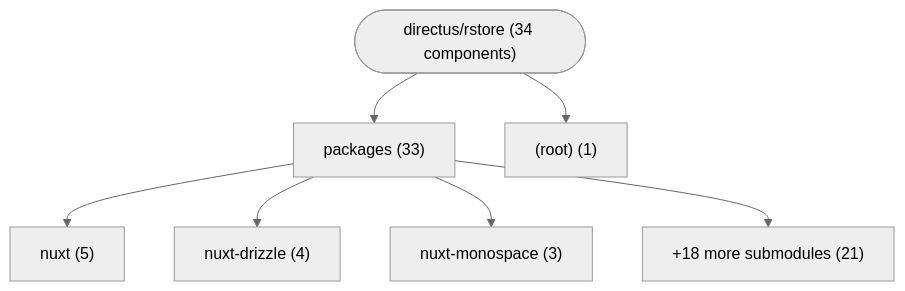
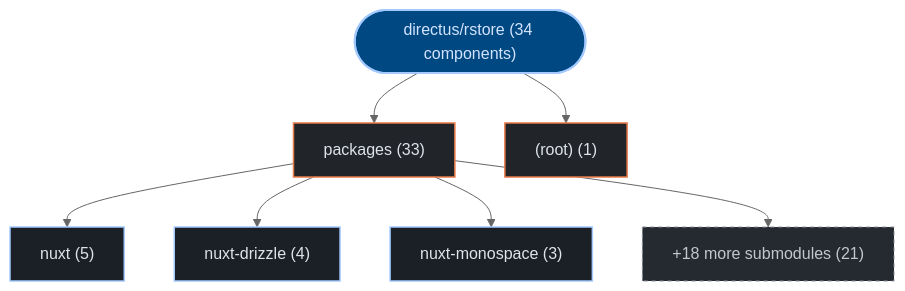
Before and after one commit to kumarshaz/atruss-code-atlas: the first of 3 diagrams in exports/latest/reports/directus-rstore-report.md, drawn with Mermaid (neutral theme). The commit also changed other lines of this file and 331 other files, not shown here.

Commit message:
docs,ui,fix: update SDLC docs, reorder CI/CD DAG first, stylize Mermaid, and fix Arc42 pipeline topology

````diff
--- a/exports/latest/reports/directus-rstore-report.md
+++ b/exports/latest/reports/directus-rstore-report.md
@@ -42,16 +42,23 @@
 ```mermaid
 graph TD;
-    repo_root(["directus/rstore (34 components)"])
-    dir_0_packages["packages (33)"]
+  classDef atlasRoot fill:#004882,stroke:#a3c9ff,stroke-width:2px,color:#d3e4ff
+  classDef atlasCategory fill:#212428,stroke:#E87A48,stroke-width:1.5px,color:#dfe3eb
+  classDef atlasWorkflow fill:#1b2026,stroke:#a3c9ff,stroke-width:1.5px,color:#dfe3eb
+  classDef atlasJob fill:#171c22,stroke:#8d9199,stroke-width:1px,color:#dfe3eb
+  classDef atlasTarget fill:#005227,stroke:#8bd99b,stroke-width:1.5px,color:#a7f6b6
+  classDef atlasAlert fill:#93000a,stroke:#ffb4ab,stroke-width:1.5px,color:#ffdad6
+  classDef atlasMore fill:#252a31,stroke:#8d9199,stroke-dasharray:4 4,color:#c3c6cf
+    repo_root(["directus/rstore (34 components)"]):::atlasRoot
+    dir_0_packages["packages (33)"]:::atlasCategory
     repo_root --> dir_0_packages
-    sub_0_0_nuxt["nuxt (5)"]
+    sub_0_0_nuxt["nuxt (5)"]:::atlasWorkflow
     dir_0_packages --> sub_0_0_nuxt
-    sub_0_1_nuxt_drizzle["nuxt-drizzle (4)"]
+    sub_0_1_nuxt_drizzle["nuxt-drizzle (4)"]:::atlasWorkflow
     dir_0_packages --> sub_0_1_nuxt_drizzle
-    sub_0_2_nuxt_monospace["nuxt-monospace (3)"]
+    sub_0_2_nuxt_monospace["nuxt-monospace (3)"]:::atlasWorkflow
     dir_0_packages --> sub_0_2_nuxt_monospace
-    sub_0_more["+18 more submodules (21)"]
+    sub_0_more["+18 more submodules (21)"]:::atlasMore
     dir_0_packages --> sub_0_more
-    dir_1__root_["(root) (1)"]
+    dir_1__root_["(root) (1)"]:::atlasCategory
     repo_root --> dir_1__root_
 ```
````
